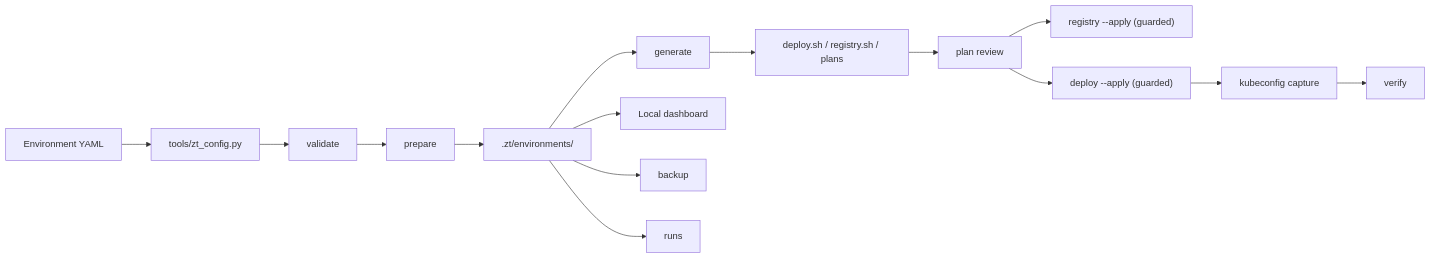
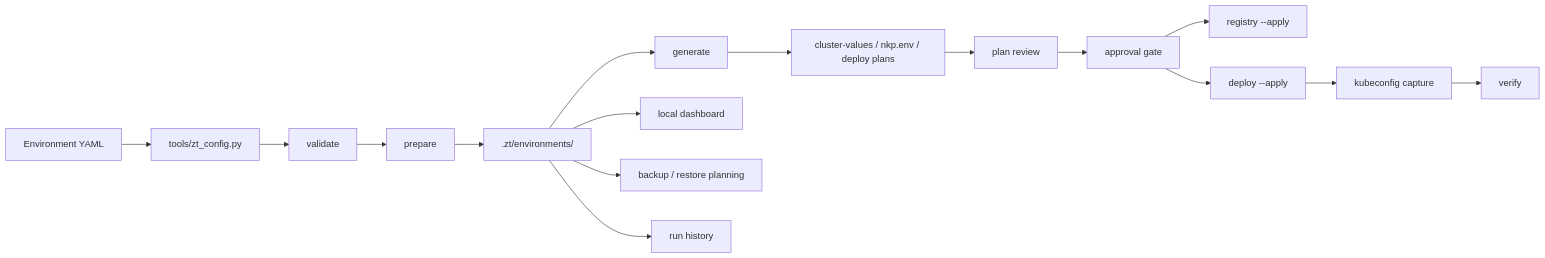
One commit to VirtuArchitect/nkp-zerotouch-framework changed the diagram in docs/architecture.md. Above: the diagram before and after it, drawn with Mermaid. The commit also changed other lines of this file and 6 other files, not shown here.

Commit message:
Clarify architecture and roadmap docs

````diff
--- a/docs/architecture.md
+++ b/docs/architecture.md
@@ -3,17 +13,18 @@
 ```mermaid
 flowchart LR
   Config["Environment YAML"] --> Parser["tools/zt_config.py"]
   Parser --> Validate["validate"]
   Validate --> Prepare["prepare"]
   Prepare --> Workspace[".zt/environments/<name>"]
   Workspace --> Generate["generate"]
-  Generate --> Plans["deploy.sh / registry.sh / plans"]
+  Generate --> Plans["cluster-values / nkp.env / deploy plans"]
   Plans --> Review["plan review"]
-  Review --> Registry["registry --apply (guarded)"]
-  Review --> Deploy["deploy --apply (guarded)"]
+  Review --> Approval["approval gate"]
+  Approval --> Registry["registry --apply"]
+  Approval --> Deploy["deploy --apply"]
   Deploy --> Kubeconfig["kubeconfig capture"]
   Kubeconfig --> Verify["verify"]
-  Workspace --> Dashboard["Local dashboard"]
-  Workspace --> Backup["backup"]
-  Workspace --> Runs["runs"]
+  Workspace --> Dashboard["local dashboard"]
+  Workspace --> Backup["backup / restore planning"]
+  Workspace --> Runs["run history"]
 ```
````
